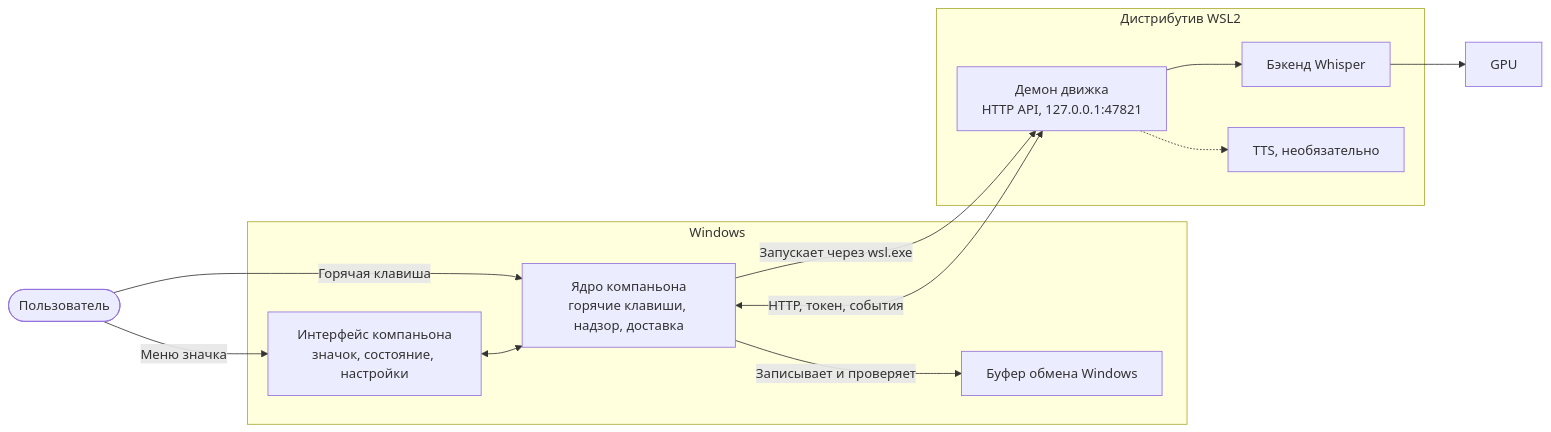
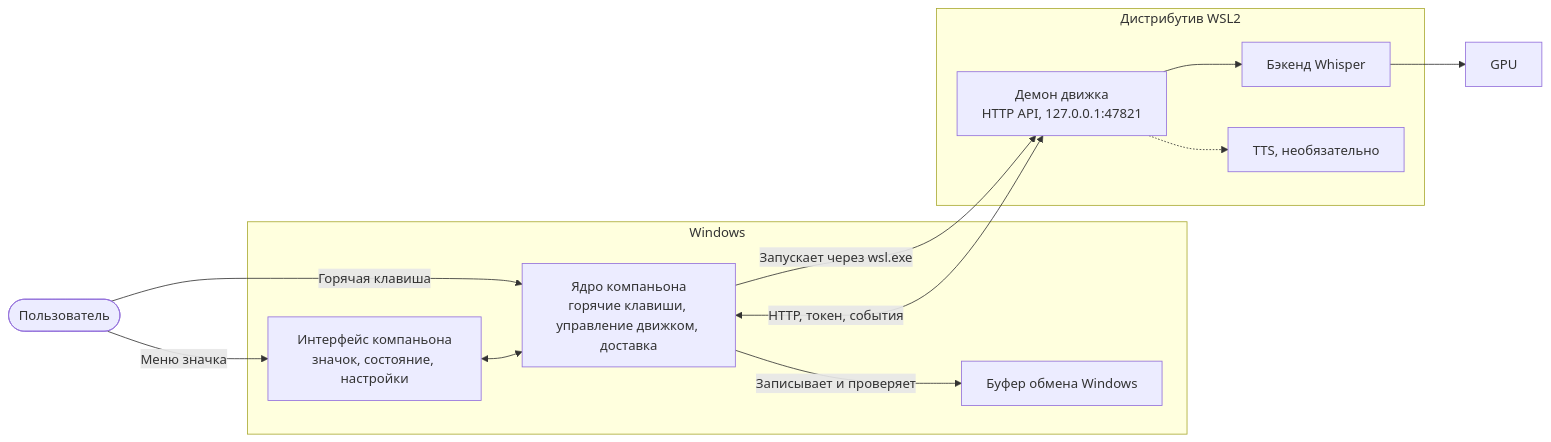
Before and after one commit to nano-br/voice-mate: the second of 5 diagrams in README.ru.md, drawn with Mermaid. The commit also changed other lines of this file and 1 other file, not shown here.

````diff
--- a/README.ru.md
+++ b/README.ru.md
@@ -175,23 +175,23 @@
 ```mermaid
 flowchart LR
     user(["Пользователь"])
     subgraph win["Windows"]
         ui["Интерфейс компаньона<br/>значок, состояние, настройки"]
-        core["Ядро компаньона<br/>горячие клавиши, надзор, доставка"]
+        core["Ядро компаньона<br/>горячие клавиши, управление движком, доставка"]
         clip["Буфер обмена Windows"]
     end
     subgraph wsl["Дистрибутив WSL2"]
         api["Демон движка<br/>HTTP API, 127.0.0.1:47821"]
         stt["Бэкенд Whisper"]
         tts["TTS, необязательно"]
     end
     gpu["GPU"]
     user -->|"Меню значка"| ui
     user -->|"Горячая клавиша"| core
     ui <--> core
     core -->|"Записывает и проверяет"| clip
     core -->|"Запускает через wsl.exe"| api
     core <-->|"HTTP, токен, события"| api
     api --> stt --> gpu
     api -.-> tts
 ```
````
